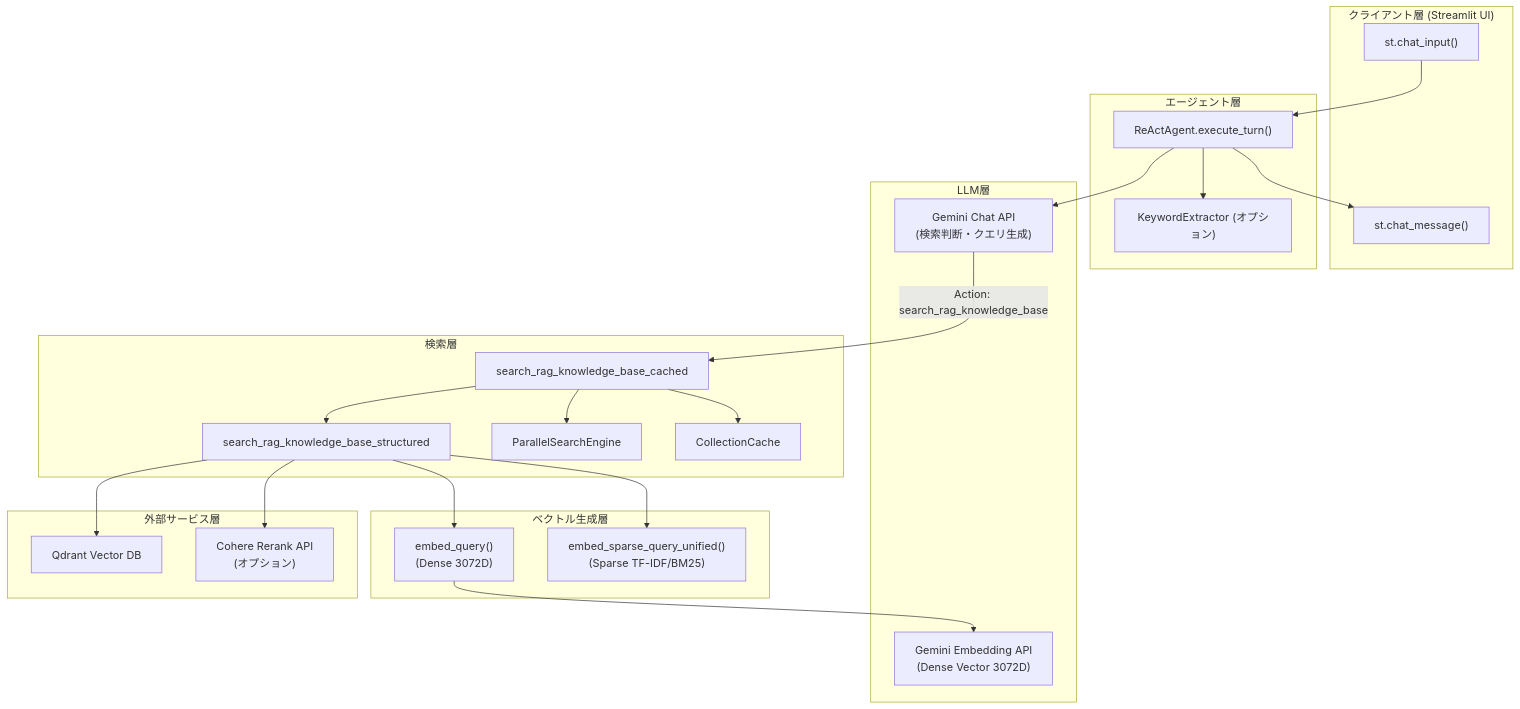
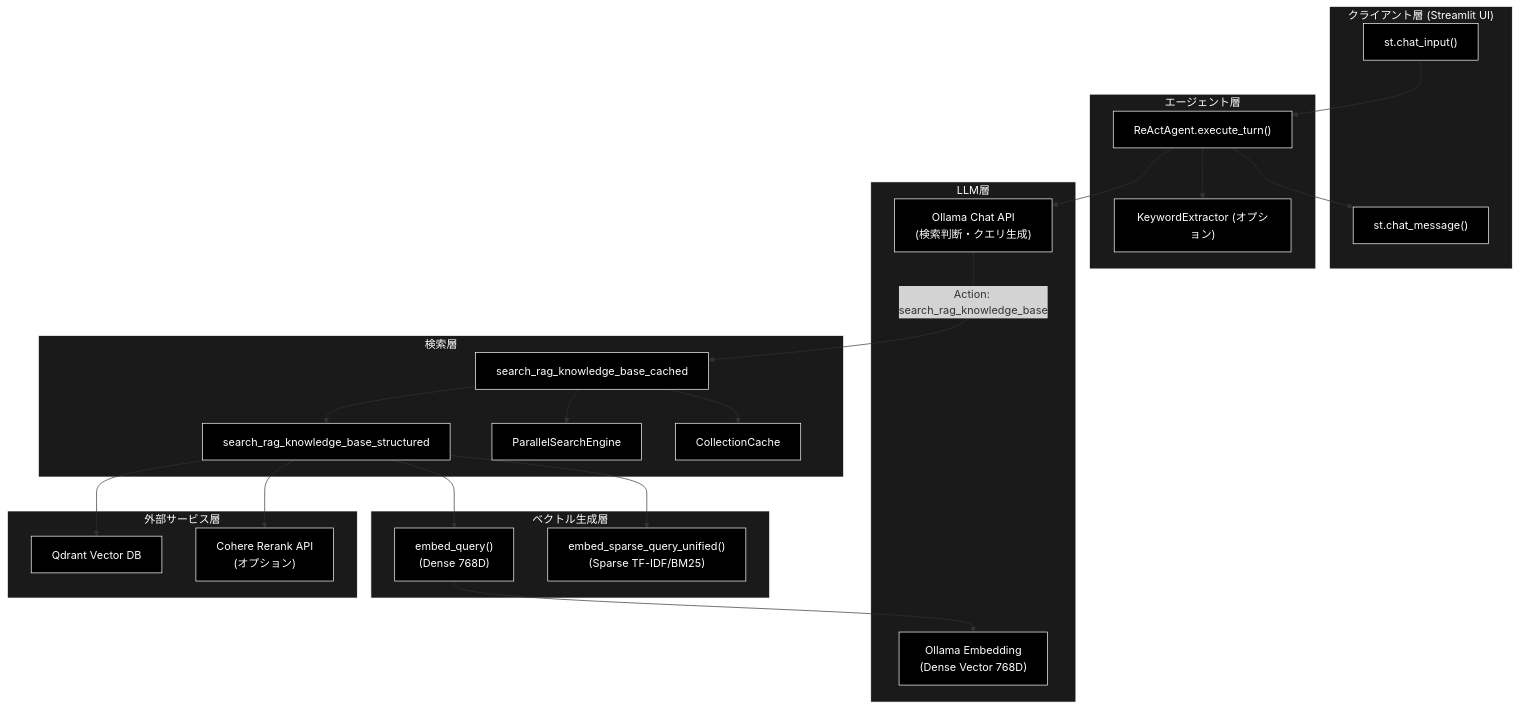
One commit to nakashima2toshio/ollama_grace_agent_v2 changed the first of 3 diagrams in ui/doc/grace_chat_input_query.md. Above: the diagram before and after it, drawn with Mermaid. The commit also changed other lines of this file and 10 other files, not shown here.

````diff
--- a/ui/doc/grace_chat_input_query.md
+++ b/ui/doc/grace_chat_input_query.md
@@ -100,48 +100,57 @@
 ```mermaid
 flowchart TB
     subgraph CLIENT["クライアント層 (Streamlit UI)"]
         UI_INPUT["st.chat_input()"]
         UI_DISPLAY["st.chat_message()"]
     end
 
     subgraph AGENT["エージェント層"]
         REACT["ReActAgent.execute_turn()"]
         KW["KeywordExtractor (オプション)"]
     end
 
     subgraph LLM_LAYER["LLM層"]
-        GEMINI_CHAT["Gemini Chat API<br/>(検索判断・クエリ生成)"]
-        GEMINI_EMB["Gemini Embedding API<br/>(Dense Vector 3072D)"]
+        GEMINI_CHAT["Ollama Chat API<br/>(検索判断・クエリ生成)"]
+        GEMINI_EMB["Ollama Embedding<br/>(Dense Vector 768D)"]
     end
 
     subgraph SEARCH["検索層"]
         CACHED["search_rag_knowledge_base_cached"]
         STRUCTURED["search_rag_knowledge_base_structured"]
         PARALLEL["ParallelSearchEngine"]
         CACHE["CollectionCache"]
     end
 
     subgraph EMBEDDING["ベクトル生成層"]
-        DENSE["embed_query()<br/>(Dense 3072D)"]
+        DENSE["embed_query()<br/>(Dense 768D)"]
         SPARSE["embed_sparse_query_unified()<br/>(Sparse TF-IDF/BM25)"]
     end
 
     subgraph EXTERNAL["外部サービス層"]
         QDRANT["Qdrant Vector DB"]
         COHERE["Cohere Rerank API<br/>(オプション)"]
     end
 
     UI_INPUT --> REACT
     REACT --> KW
     REACT --> GEMINI_CHAT
     GEMINI_CHAT -->|"Action: search_rag_knowledge_base"| CACHED
     CACHED --> CACHE
     CACHED --> PARALLEL
     CACHED --> STRUCTURED
     STRUCTURED --> DENSE
     STRUCTURED --> SPARSE
     DENSE --> GEMINI_EMB
     STRUCTURED --> QDRANT
     STRUCTURED --> COHERE
     REACT --> UI_DISPLAY
+classDef default fill:#000,stroke:#fff,color:#fff
+classDef subgraphStyle fill:#1a1a1a,stroke:#fff,color:#fff
+class UI_INPUT,UI_DISPLAY,REACT,KW,GEMINI_CHAT,GEMINI_EMB,CACHED,STRUCTURED,PARALLEL,CACHE,DENSE,SPARSE,QDRANT,COHERE default
+style CLIENT fill:#1a1a1a,stroke:#fff,color:#fff
+style AGENT fill:#1a1a1a,stroke:#fff,color:#fff
+style LLM_LAYER fill:#1a1a1a,stroke:#fff,color:#fff
+style SEARCH fill:#1a1a1a,stroke:#fff,color:#fff
+style EMBEDDING fill:#1a1a1a,stroke:#fff,color:#fff
+style EXTERNAL fill:#1a1a1a,stroke:#fff,color:#fff
 ```
````
